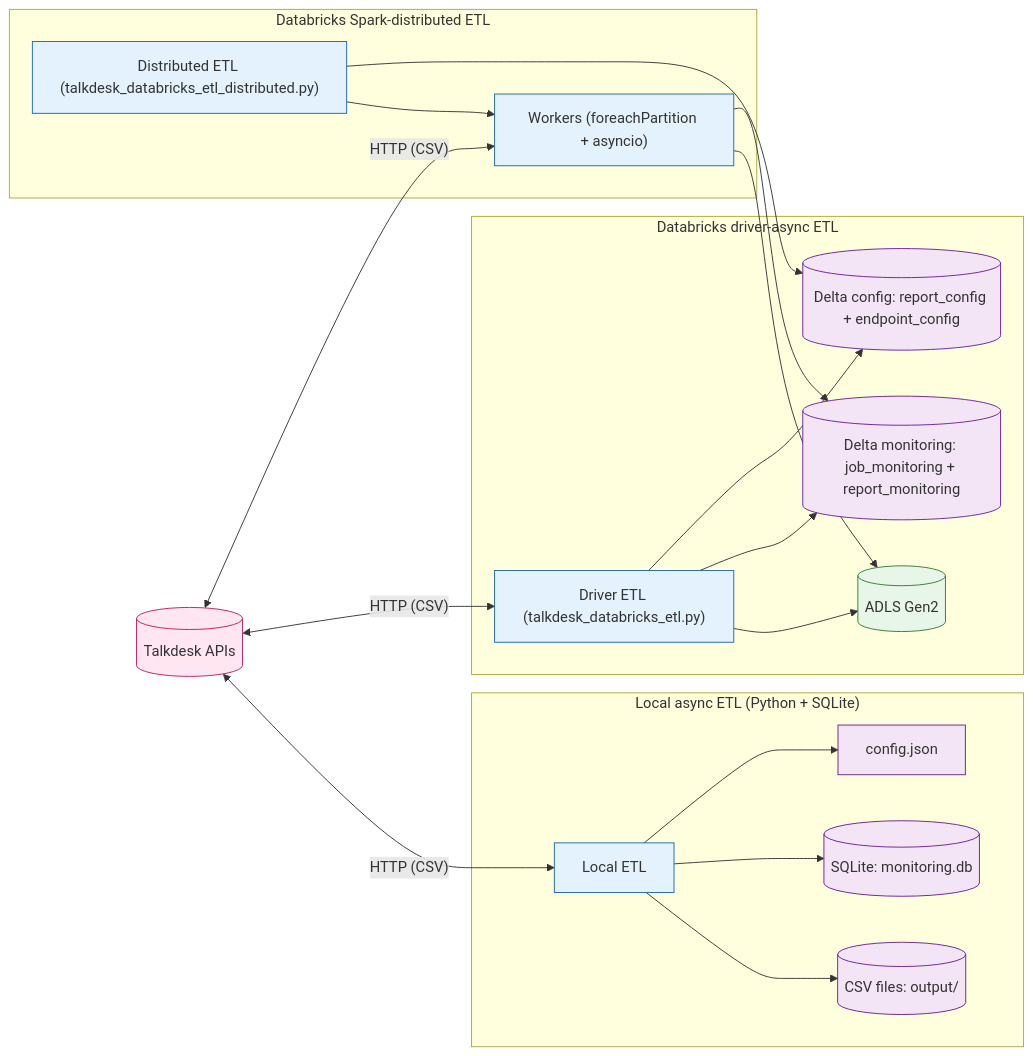
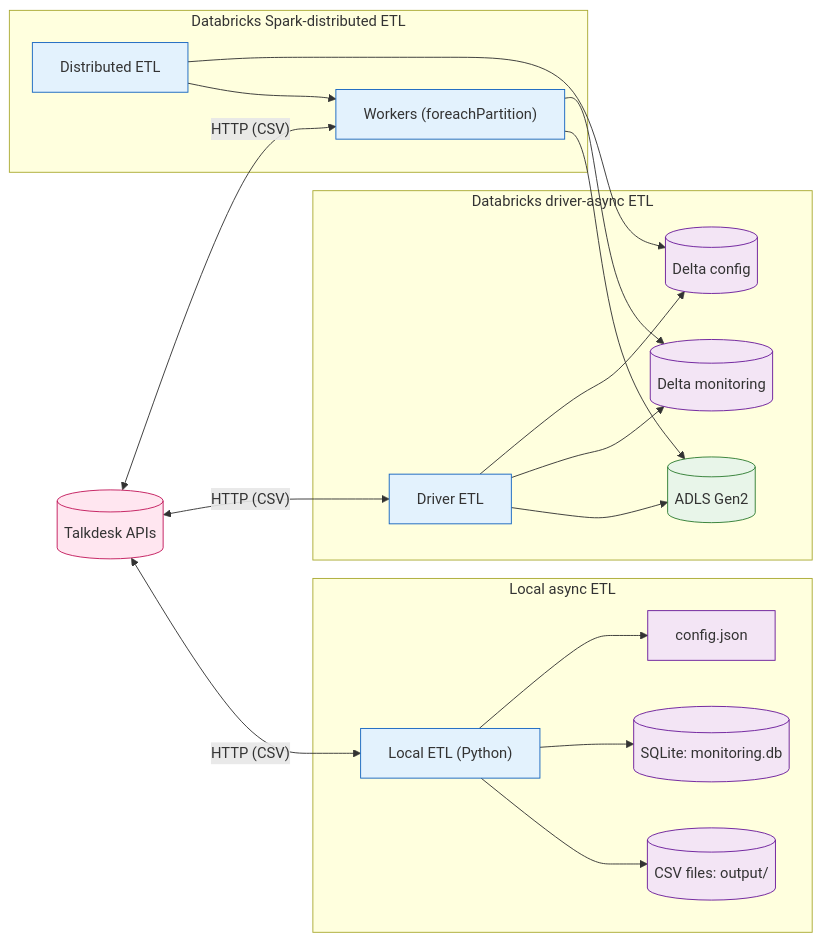
One commit to rohitsagar363/talkdesk-async-etl changed the diagram in README.md. Above: the diagram before and after it, drawn with Mermaid.

````diff
--- a/README.md
+++ b/README.md
@@ -91,54 +91,54 @@
 ```mermaid
 flowchart LR
   TD[(Talkdesk APIs)]
 
-  subgraph Local["Local async ETL (Python + SQLite)"]
-    L_ETL["Local ETL"]
+  subgraph Local["Local async ETL"]
+    L_ETL["Local ETL (Python)"]
     L_CFG["config.json"]
     L_OUT[(CSV files: output/)]
     L_MON[(SQLite: monitoring.db)]
   end
 
   subgraph DB_Driver["Databricks driver-async ETL"]
-    D_ETL["Driver ETL (talkdesk_databricks_etl.py)"]
-    D_CFG[(Delta config: report_config + endpoint_config)]
-    D_MON[(Delta monitoring: job_monitoring + report_monitoring)]
+    D_ETL["Driver ETL"]
+    D_CFG[(Delta config)]
+    D_MON[(Delta monitoring)]
     ADLS[(ADLS Gen2)]
   end
 
   subgraph DB_Dist["Databricks Spark-distributed ETL"]
-    SD_ETL["Distributed ETL (talkdesk_databricks_etl_distributed.py)"]
-    SD_PART["Workers (foreachPartition + asyncio)"]
+    SD_ETL["Distributed ETL"]
+    SD_PART["Workers (foreachPartition)"]
   end
 
   %% Local flow
   TD <-- HTTP (CSV) --> L_ETL
   L_ETL --> L_OUT
   L_ETL --> L_MON
   L_ETL --> L_CFG
 
   %% Databricks driver-async flow
   TD <-- HTTP (CSV) --> D_ETL
   D_ETL --> ADLS
   D_ETL --> D_MON
   D_ETL --> D_CFG
 
   %% Databricks distributed flow
   TD <-- HTTP (CSV) --> SD_PART
   SD_ETL --> SD_PART
   SD_PART --> ADLS
   SD_PART --> D_MON
   SD_ETL --> D_CFG
 
   %% Styling to highlight tools
   classDef api fill:#ffe6f0,stroke:#c2185b,stroke-width:1px;
   classDef etl fill:#e3f2fd,stroke:#1565c0,stroke-width:1px;
   classDef storage fill:#e8f5e9,stroke:#2e7d32,stroke-width:1px;
   classDef meta fill:#f3e5f5,stroke:#6a1b9a,stroke-width:1px;
 
   class TD api;
   class L_ETL,D_ETL,SD_ETL,SD_PART etl;
   class L_CFG,L_OUT,L_MON meta;
   class D_CFG,D_MON meta;
   class ADLS storage;
 ```
````
